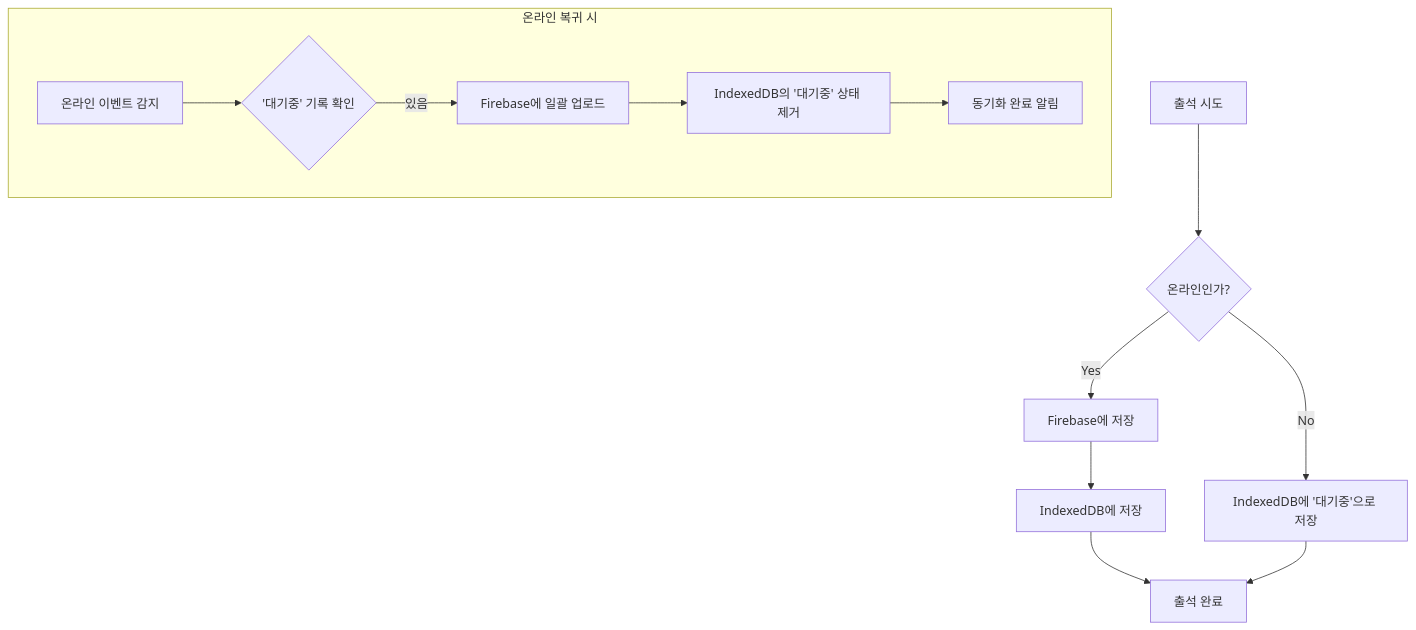
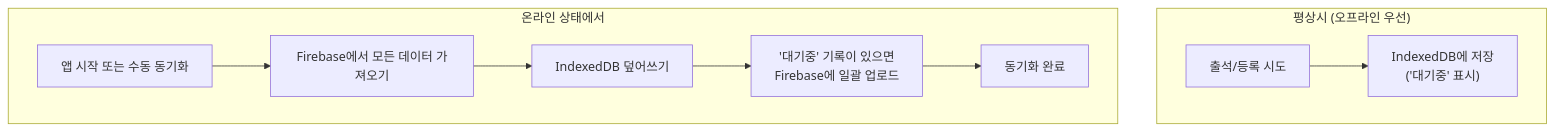
The second of 3 diagrams in README.md (yn55m6/attendance-app-v5), drawn with Mermaid before and after one commit. The commit also changed other lines of this file and 2 other files, not shown here.

Commit message:
feat: Firebase 비용 최적화를 위해 실시간 동기화 제거 및 수동 동기화 기능 추가

````diff
--- a/README.md
+++ b/README.md
@@ -266,16 +268,13 @@
 ```mermaid
 graph TD
-    A[출석 시도] --> B{온라인인가?}
-    B -- Yes --> C[Firebase에 저장]
-    C --> D[IndexedDB에 저장]
-    B -- No --> E["IndexedDB에 '대기중'으로 저장"]
-    D --> F[출석 완료]
-    E --> F
+    subgraph "평상시 (오프라인 우선)"
+        A[출석/등록 시도] --> B["IndexedDB에 저장<br>('대기중' 표시)"]
+    end
 
-    subgraph "온라인 복귀 시"
-        G[온라인 이벤트 감지] --> H{"'대기중' 기록 확인"}
-        H -- 있음 --> I[Firebase에 일괄 업로드]
-        I --> J["IndexedDB의 '대기중' 상태 제거"]
-        J --> K[동기화 완료 알림]
+    subgraph "온라인 상태에서"
+        C[앱 시작 또는 수동 동기화] --> D[Firebase에서 모든 데이터 가져오기]
+        D --> E[IndexedDB 덮어쓰기]
+        E --> F["'대기중' 기록이 있으면<br>Firebase에 일괄 업로드"]
+        F --> G[동기화 완료]
     end
 ```
````
